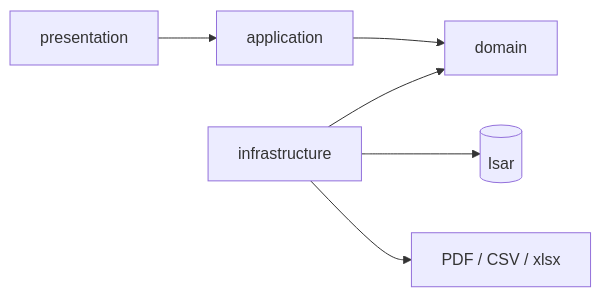
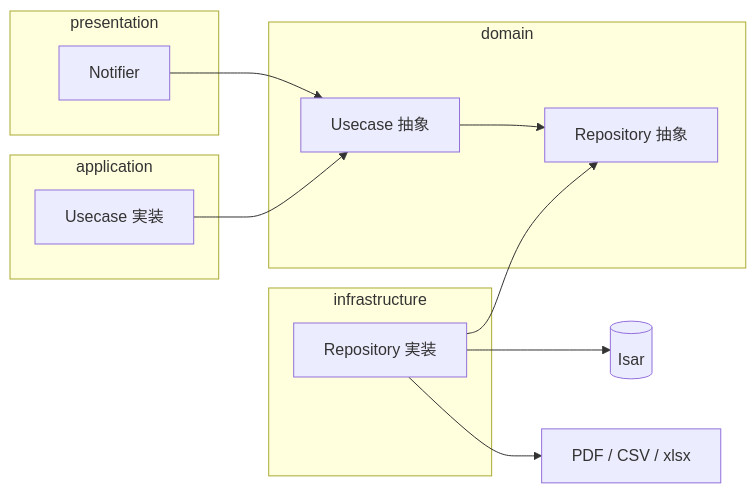
One commit to tas5521/boar_time changed the diagram in README.md. Above: the diagram before and after it, drawn with Mermaid. The commit also changed other lines of this file, not shown here.

Commit message:
mermaidの図を改善

````diff
--- a/README.md
+++ b/README.md
@@ -79,7 +79,27 @@
 ```mermaid
 flowchart LR
-  presentation --> application --> domain
-  infrastructure --> domain
-  infrastructure --> Isar[(Isar)]
-  infrastructure --> Files[PDF / CSV / xlsx]
+  Notifier --> Usecase
+  Usecase --> Repository
+
+  subgraph domain
+    Usecase[Usecase 抽象]
+    Repository[Repository 抽象]
+  end
+
+  UsecaseImpl --> Usecase
+  RepositoryImpl --> Repository
+  RepositoryImpl --> Isar[(Isar)]
+  RepositoryImpl --> Files[PDF / CSV / xlsx]
+
+  subgraph application
+    UsecaseImpl[Usecase 実装]
+  end
+
+  subgraph infrastructure
+    RepositoryImpl[Repository 実装]
+  end
+
+  subgraph presentation
+    Notifier
+  end
 ```
````
